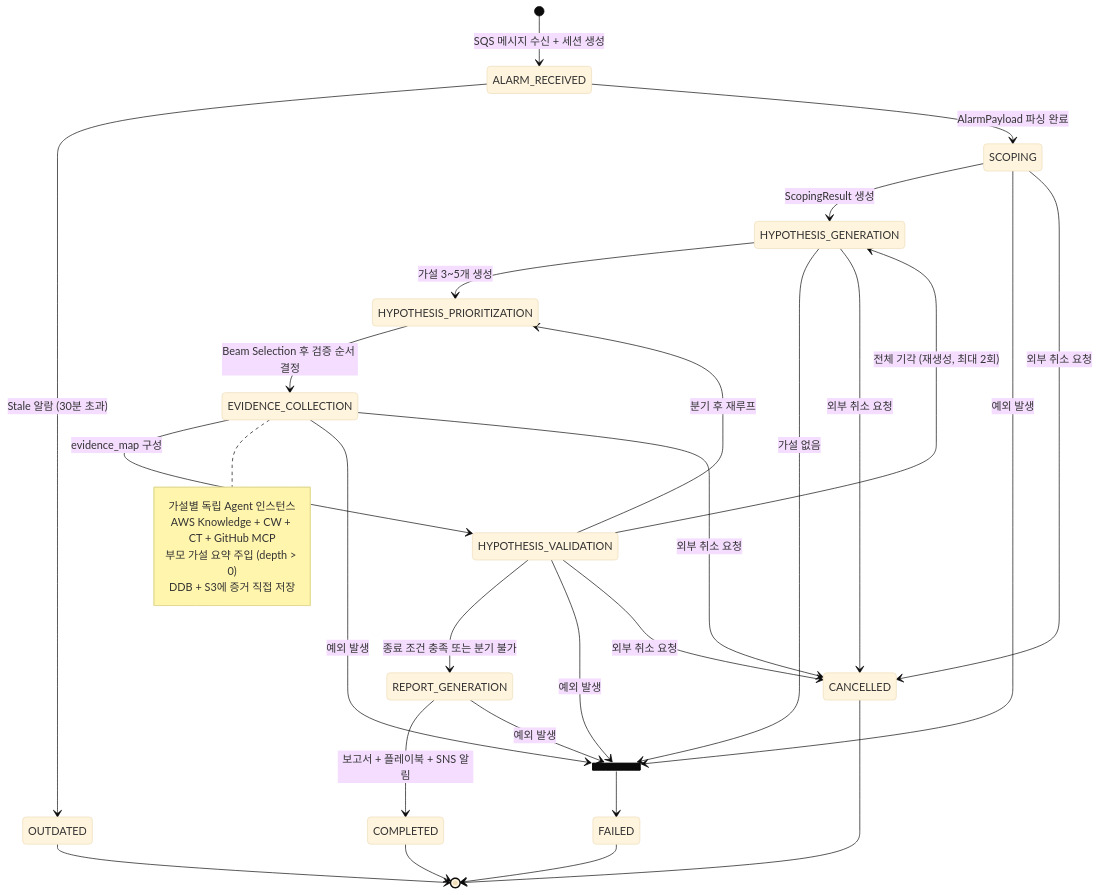
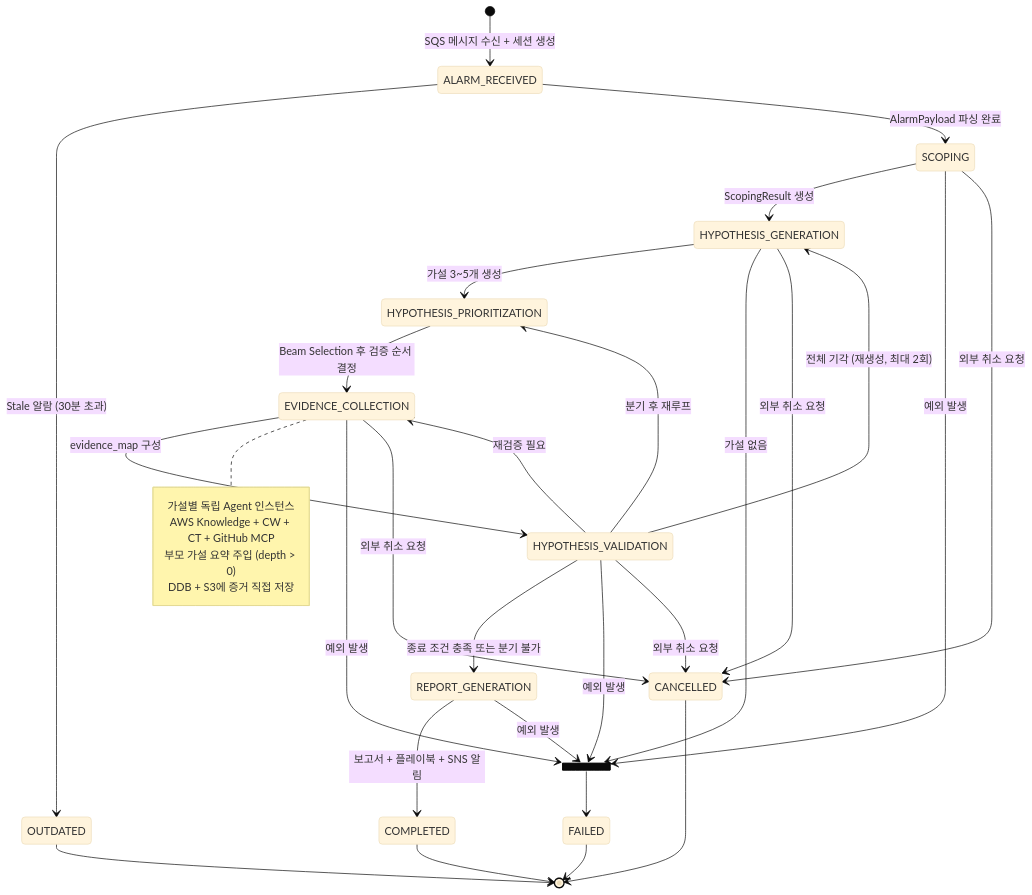
One commit to haandol/rca-agent changed the second of 7 diagrams in docs/architecture-and-demo-flow.md. Above: the diagram before and after it, drawn with Mermaid (base theme). The commit also changed other lines of this file and 3 other files, not shown here.

````diff
--- a/docs/architecture-and-demo-flow.md
+++ b/docs/architecture-and-demo-flow.md
@@ -144,45 +144,46 @@
 ```mermaid
 stateDiagram-v2
     [*] --> ALARM_RECEIVED: SQS 메시지 수신 + 세션 생성
 
     ALARM_RECEIVED --> OUTDATED: Stale 알람 (30분 초과)
     ALARM_RECEIVED --> SCOPING: AlarmPayload 파싱 완료
 
     SCOPING --> HYPOTHESIS_GENERATION: ScopingResult 생성
 
     HYPOTHESIS_GENERATION --> HYPOTHESIS_PRIORITIZATION: 가설 3~5개 생성
 
     HYPOTHESIS_PRIORITIZATION --> EVIDENCE_COLLECTION: Beam Selection 후 검증 순서 결정
 
     EVIDENCE_COLLECTION --> HYPOTHESIS_VALIDATION: evidence_map 구성
     note right of EVIDENCE_COLLECTION
         가설별 독립 Agent 인스턴스
         AWS Knowledge + CW + CT + GitHub MCP
         부모 가설 요약 주입 (depth > 0)
         DDB + S3에 증거 직접 저장
     end note
 
     HYPOTHESIS_VALIDATION --> REPORT_GENERATION: 종료 조건 충족 또는 분기 불가
     HYPOTHESIS_VALIDATION --> HYPOTHESIS_PRIORITIZATION: 분기 후 재루프
+    HYPOTHESIS_VALIDATION --> EVIDENCE_COLLECTION: 재검증 필요
     HYPOTHESIS_VALIDATION --> HYPOTHESIS_GENERATION: 전체 기각 (재생성, 최대 2회)
 
     REPORT_GENERATION --> COMPLETED: 보고서 + 플레이북 + SNS 알림
 
     state FAILED_STATE <<join>>
     SCOPING --> FAILED_STATE: 예외 발생
     HYPOTHESIS_GENERATION --> FAILED_STATE: 가설 없음
     EVIDENCE_COLLECTION --> FAILED_STATE: 예외 발생
     HYPOTHESIS_VALIDATION --> FAILED_STATE: 예외 발생
     REPORT_GENERATION --> FAILED_STATE: 예외 발생
     FAILED_STATE --> FAILED
 
     SCOPING --> CANCELLED: 외부 취소 요청
     HYPOTHESIS_GENERATION --> CANCELLED: 외부 취소 요청
     EVIDENCE_COLLECTION --> CANCELLED: 외부 취소 요청
     HYPOTHESIS_VALIDATION --> CANCELLED: 외부 취소 요청
 
     COMPLETED --> [*]
     FAILED --> [*]
     OUTDATED --> [*]
     CANCELLED --> [*]
 ```
````
